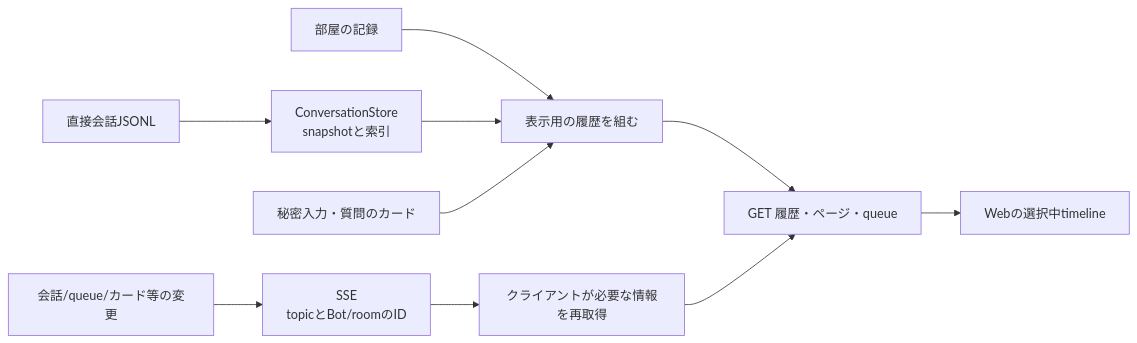
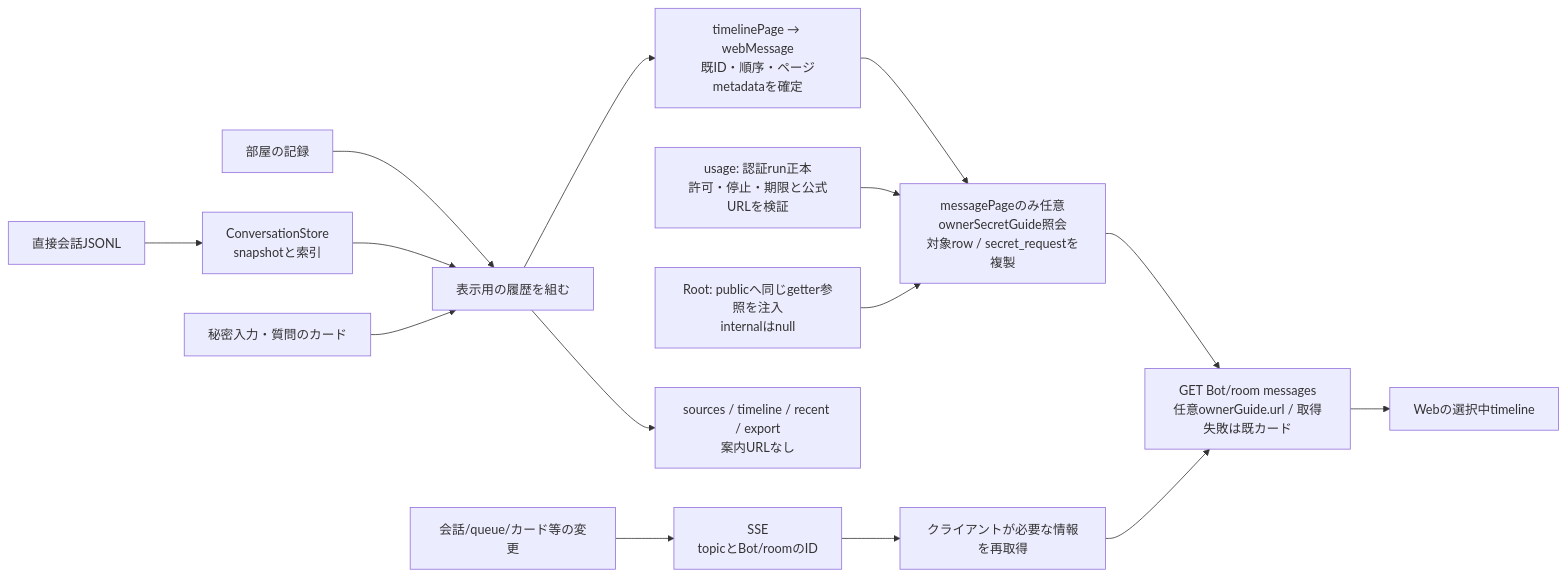
The third of 3 diagrams in docs/architecture/modules/conversation/flow.md (kitepon/BellTeam), drawn with Mermaid before and after one commit. The commit also changed other lines of this file and 5 other files, not shown here.

Commit message:
feat(conversation): project owner guide only onto selected secret cards

````diff
--- a/docs/architecture/modules/conversation/flow.md
+++ b/docs/architecture/modules/conversation/flow.md
@@ -67,12 +67,17 @@
 ```mermaid
 flowchart LR
   Direct["直接会話JSONL"] --> Store["ConversationStore<br/>snapshotと索引"]
   Room["部屋の記録"] --> Views["表示用の履歴を組む"]
   Store --> Views
   Cards["秘密入力・質問のカード"] --> Views
-  Views --> HTTP["GET 履歴・ページ・queue"]
+  Views --> Page["timelinePage → webMessage<br/>既ID・順序・ページmetadataを確定"]
+  Page --> Guide["messagePageのみ任意ownerSecretGuide照会<br/>対象row / secret_requestを複製"]
+  Usage["usage: 認証run正本<br/>許可・停止・期限と公式URLを検証"] --> Guide
+  Root["Root: publicへ同じgetter参照を注入<br/>internalはnull"] --> Guide
+  Guide --> HTTP["GET Bot/room messages<br/>任意ownerGuide.url / 取得失敗は既カード"]
+  Views --> Other["sources / timeline / recent / export<br/>案内URLなし"]
   HTTP --> Web["Webの選択中timeline"]
   Changes["会話/queue/カード等の変更"] --> SSE["SSE<br/>topicとBot/roomのID"]
   SSE --> Refresh["クライアントが必要な情報を再取得"]
   Refresh --> HTTP
 ```
````
